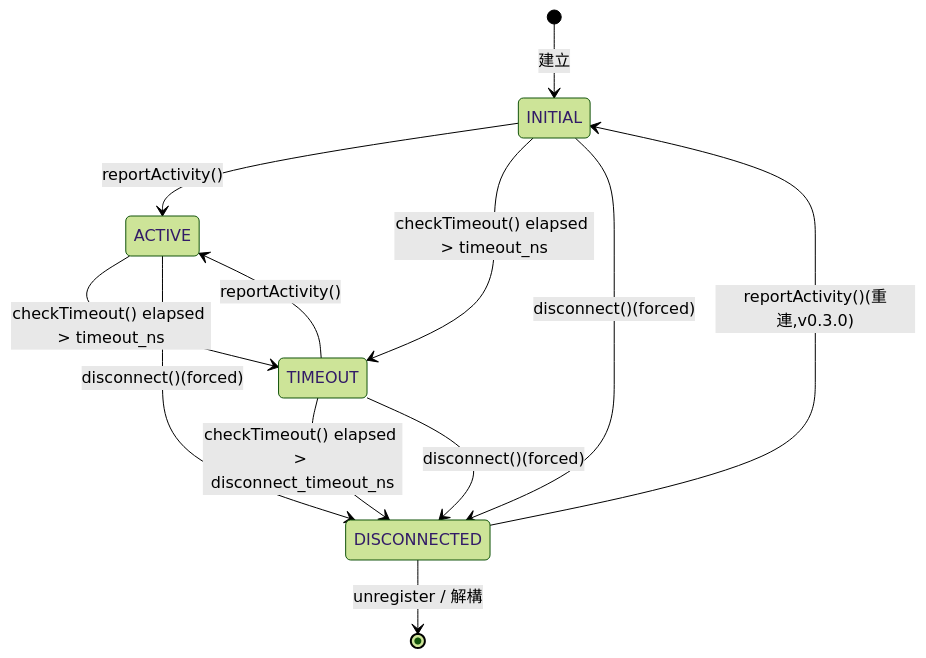
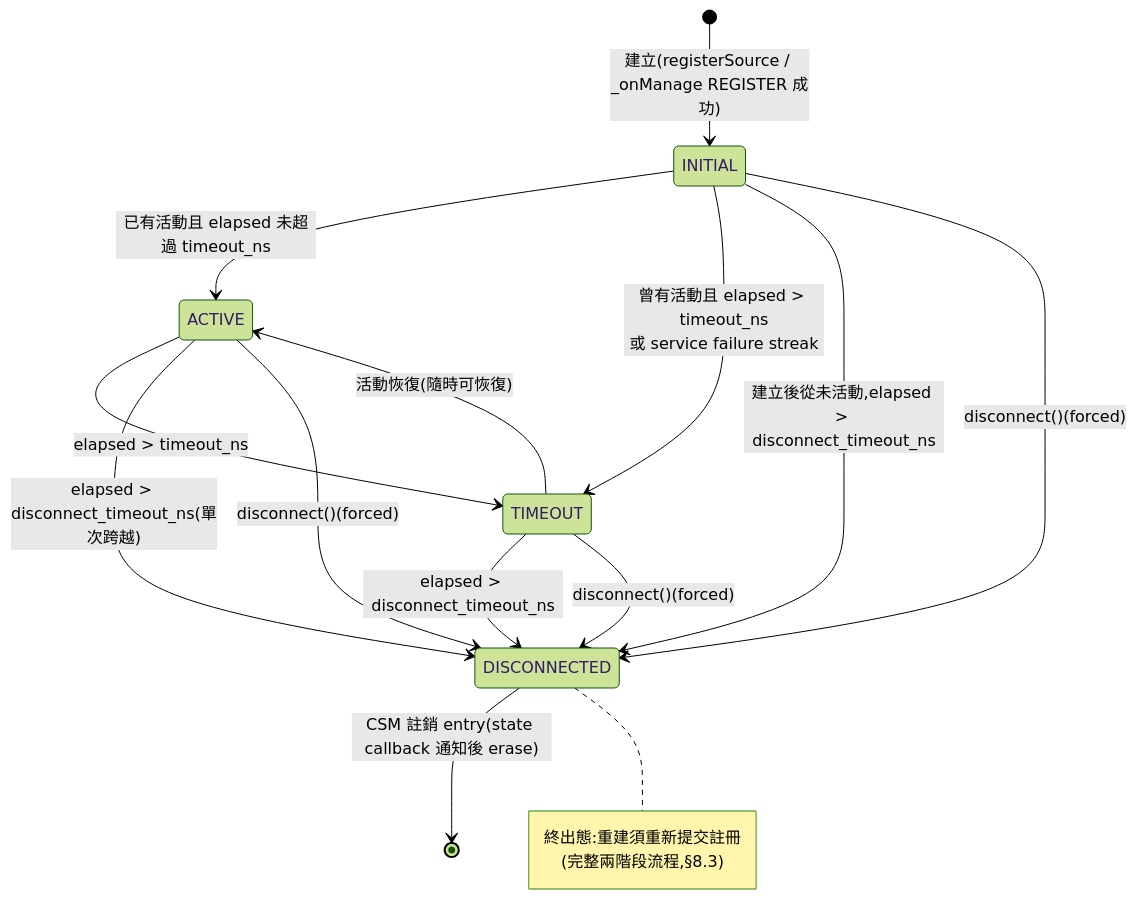
Before and after one commit to cocobird231/rv2_project: the second of 43 diagrams in r1_design_draft.md, drawn with Mermaid (forest theme). The commit also changed other lines of this file and 1 other file, not shown here.

Commit message:
docs: integrate timeout and disconnect design v1.1.0

````diff
--- a/r1_design_draft.md
+++ b/r1_design_draft.md
@@ -243,14 +282,19 @@
 ```mermaid
 stateDiagram-v2
-    [*] --> INITIAL : 建立
-    INITIAL --> ACTIVE : reportActivity()
-    INITIAL --> TIMEOUT : checkTimeout() elapsed > timeout_ns
-    ACTIVE --> TIMEOUT : checkTimeout() elapsed > timeout_ns
-    TIMEOUT --> ACTIVE : reportActivity()
-    TIMEOUT --> DISCONNECTED : checkTimeout() elapsed > disconnect_timeout_ns
+    [*] --> INITIAL : 建立(registerSource / _onManage REGISTER 成功)
+    INITIAL --> ACTIVE : 已有活動且 elapsed 未超過 timeout_ns
+    INITIAL --> TIMEOUT : 曾有活動且 elapsed > timeout_ns<br/>或 service failure streak
+    ACTIVE --> TIMEOUT : elapsed > timeout_ns
+    TIMEOUT --> ACTIVE : 活動恢復(隨時可恢復)
+    TIMEOUT --> DISCONNECTED : elapsed > disconnect_timeout_ns
+    ACTIVE --> DISCONNECTED : elapsed > disconnect_timeout_ns(單次跨越)
+    INITIAL --> DISCONNECTED : 建立後從未活動,elapsed > disconnect_timeout_ns
     INITIAL --> DISCONNECTED : disconnect()(forced)
     ACTIVE --> DISCONNECTED : disconnect()(forced)
     TIMEOUT --> DISCONNECTED : disconnect()(forced)
-    DISCONNECTED --> INITIAL : reportActivity()(重連,v0.3.0)
-    DISCONNECTED --> [*] : unregister / 解構
+    DISCONNECTED --> [*] : CSM 註銷 entry(state callback 通知後 erase)
+    note right of DISCONNECTED
+        終出態:重建須重新提交註冊
+        (完整兩階段流程,§8.3)
+    end note
 ```
````
